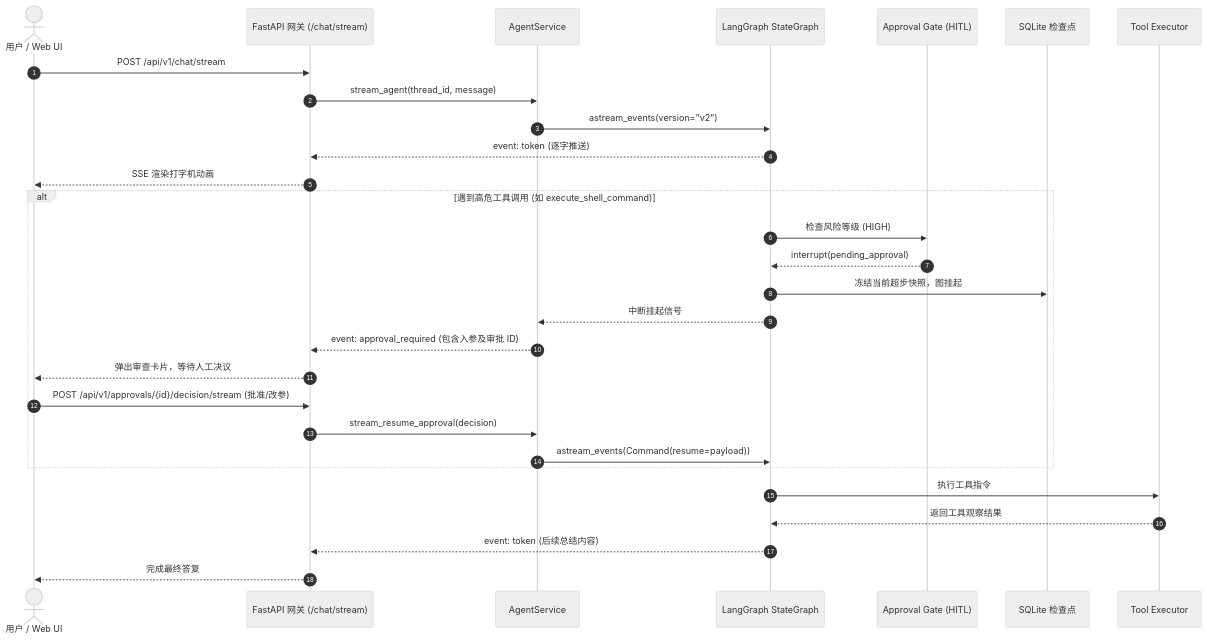
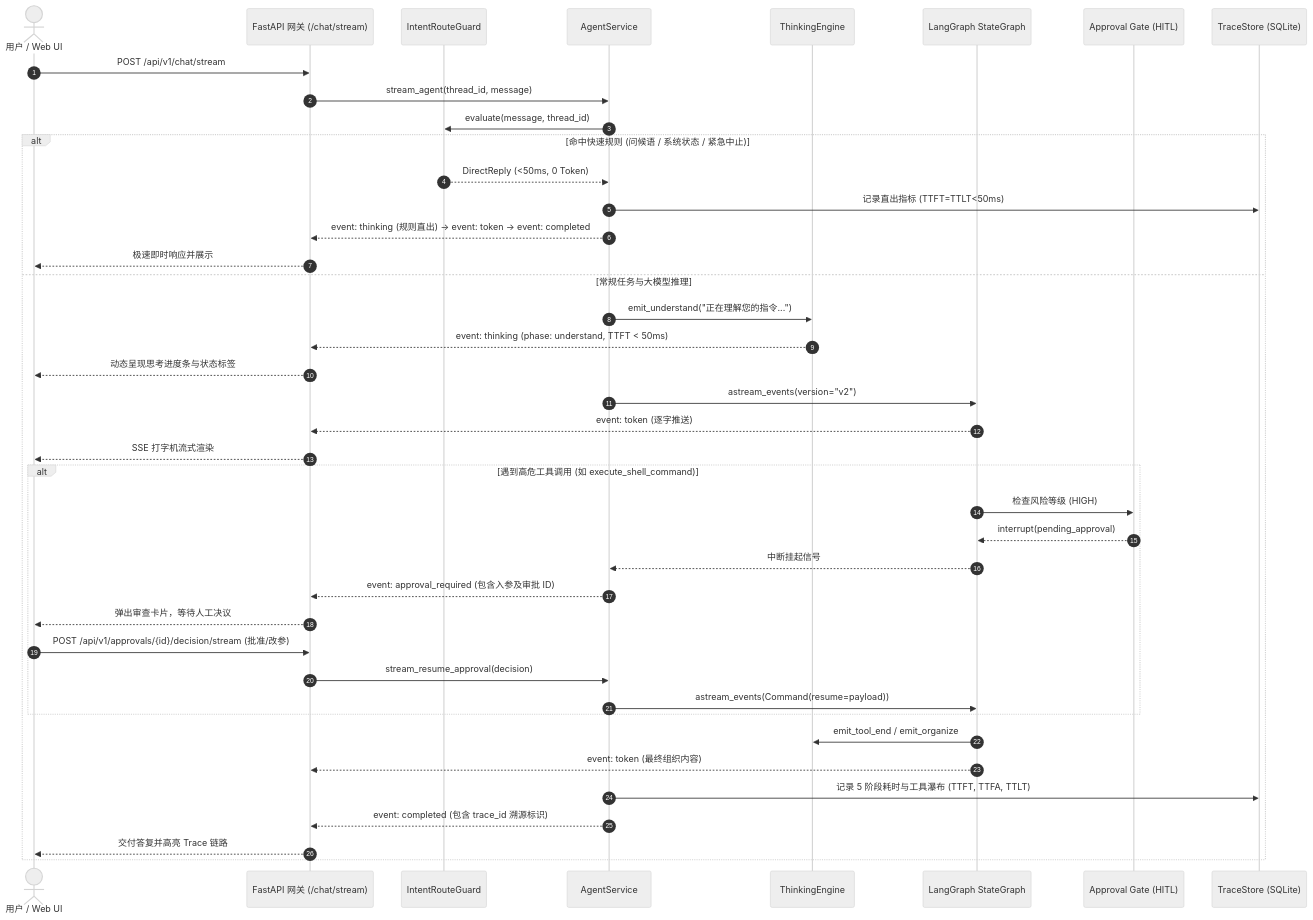
Before and after one commit to theGitForDalibor/JarvisStudio: the second of 2 diagrams in README.md, drawn with Mermaid (neutral theme). The commit also changed other lines of this file and 6 other files, not shown here.

````diff
--- a/README.md
+++ b/README.md
@@ -118,35 +129,49 @@
 ```mermaid
 sequenceDiagram
     autonumber
     actor User as 用户 / Web UI
     participant GW as FastAPI 网关 (/chat/stream)
+    participant Guard as IntentRouteGuard
     participant Svc as AgentService
+    participant Think as ThinkingEngine
     participant Graph as LangGraph StateGraph
     participant Gate as Approval Gate (HITL)
-    participant DB as SQLite 检查点
-    participant Tool as Tool Executor
+    participant Trace as TraceStore (SQLite)
 
     User->>GW: POST /api/v1/chat/stream
     GW->>Svc: stream_agent(thread_id, message)
-    Svc->>Graph: astream_events(version="v2")
-    Graph-->>GW: event: token (逐字推送)
-    GW-->>User: SSE 渲染打字机动画
+    Svc->>Guard: evaluate(message, thread_id)
 
-    alt 遇到高危工具调用 (如 execute_shell_command)
-        Graph->>Gate: 检查风险等级 (HIGH)
-        Gate-->>Graph: interrupt(pending_approval)
-        Graph->>DB: 冻结当前超步快照，图挂起
-        Graph-->>Svc: 中断挂起信号
-        Svc-->>GW: event: approval_required (包含入参及审批 ID)
-        GW-->>User: 弹出审查卡片，等待人工决议
-        
-        User->>GW: POST /api/v1/approvals/{id}/decision/stream (批准/改参)
-        GW->>Svc: stream_resume_approval(decision)
-        Svc->>Graph: astream_events(Command(resume=payload))
+    alt 命中快速规则 (问候语 / 系统状态 / 紧急中止)
+        Guard-->>Svc: DirectReply (<50ms, 0 Token)
+        Svc->>Trace: 记录直出指标 (TTFT=TTLT<50ms)
+        Svc-->>GW: event: thinking (规则直出) -> event: token -> event: completed
+        GW-->>User: 极速即时响应并展示
+    else 常规任务与大模型推理
+        Svc->>Think: emit_understand("正在理解您的指令...")
+        Think-->>GW: event: thinking (phase: understand, TTFT < 50ms)
+        GW-->>User: 动态呈现思考进度条与状态标签
+
+        Svc->>Graph: astream_events(version="v2")
+        Graph-->>GW: event: token (逐字推送)
+        GW-->>User: SSE 打字机流式渲染
+
+        alt 遇到高危工具调用 (如 execute_shell_command)
+            Graph->>Gate: 检查风险等级 (HIGH)
+            Gate-->>Graph: interrupt(pending_approval)
+            Graph-->>Svc: 中断挂起信号
+            Svc-->>GW: event: approval_required (包含入参及审批 ID)
+            GW-->>User: 弹出审查卡片，等待人工决议
+            
+            User->>GW: POST /api/v1/approvals/{id}/decision/stream (批准/改参)
+            GW->>Svc: stream_resume_approval(decision)
+            Svc->>Graph: astream_events(Command(resume=payload))
+        end
+
+        Graph->>Think: emit_tool_end / emit_organize
+        Graph-->>GW: event: token (最终组织内容)
+        Svc->>Trace: 记录 5 阶段耗时与工具瀑布 (TTFT, TTFA, TTLT)
+        Svc-->>GW: event: completed (包含 trace_id 溯源标识)
+        GW-->>User: 交付答复并高亮 Trace 链路
     end
-
-    Graph->>Tool: 执行工具指令
-    Tool-->>Graph: 返回工具观察结果
-    Graph-->>GW: event: token (后续总结内容)
-    GW-->>User: 完成最终答复
 ```
````
